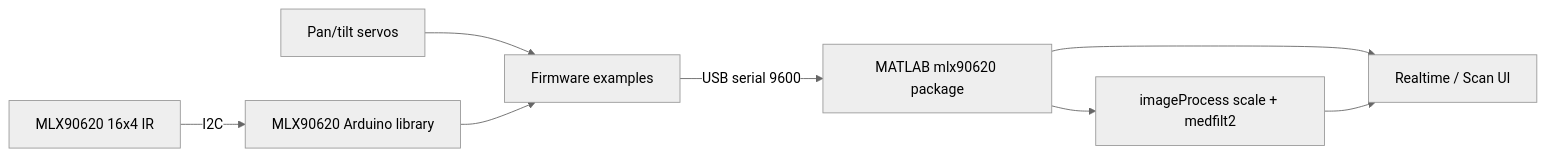
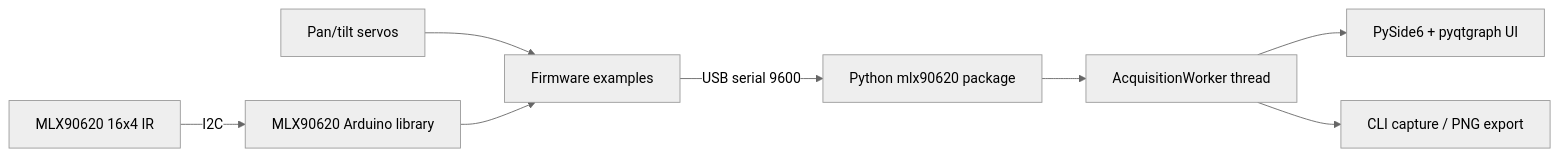
The diagram in README.md (alexandrelheinen/mlx90620), drawn with Mermaid (neutral theme) before and after one commit. The commit also changed other lines of this file and 12 other files, not shown here.

First line of the commit message:
Cut over docs and CI from MATLAB to the Python host

````diff
--- a/README.md
+++ b/README.md
@@ -17,10 +17,10 @@
 ```mermaid
 flowchart LR
   MLX90620[MLX90620 16x4 IR] -->|I2C| Lib[MLX90620 Arduino library]
   Servos[Pan/tilt servos] --> Sketch[Firmware examples]
   Lib --> Sketch
-  Sketch -->|USB serial 9600| MATLAB[MATLAB mlx90620 package]
-  MATLAB --> UI[Realtime / Scan UI]
-  MATLAB --> Filt[imageProcess scale + medfilt2]
-  Filt --> UI
+  Sketch -->|USB serial 9600| Host[Python mlx90620 package]
+  Host --> Worker[AcquisitionWorker thread]
+  Worker --> UI[PySide6 + pyqtgraph UI]
+  Worker --> CLI[CLI capture / PNG export]
 ```
````
